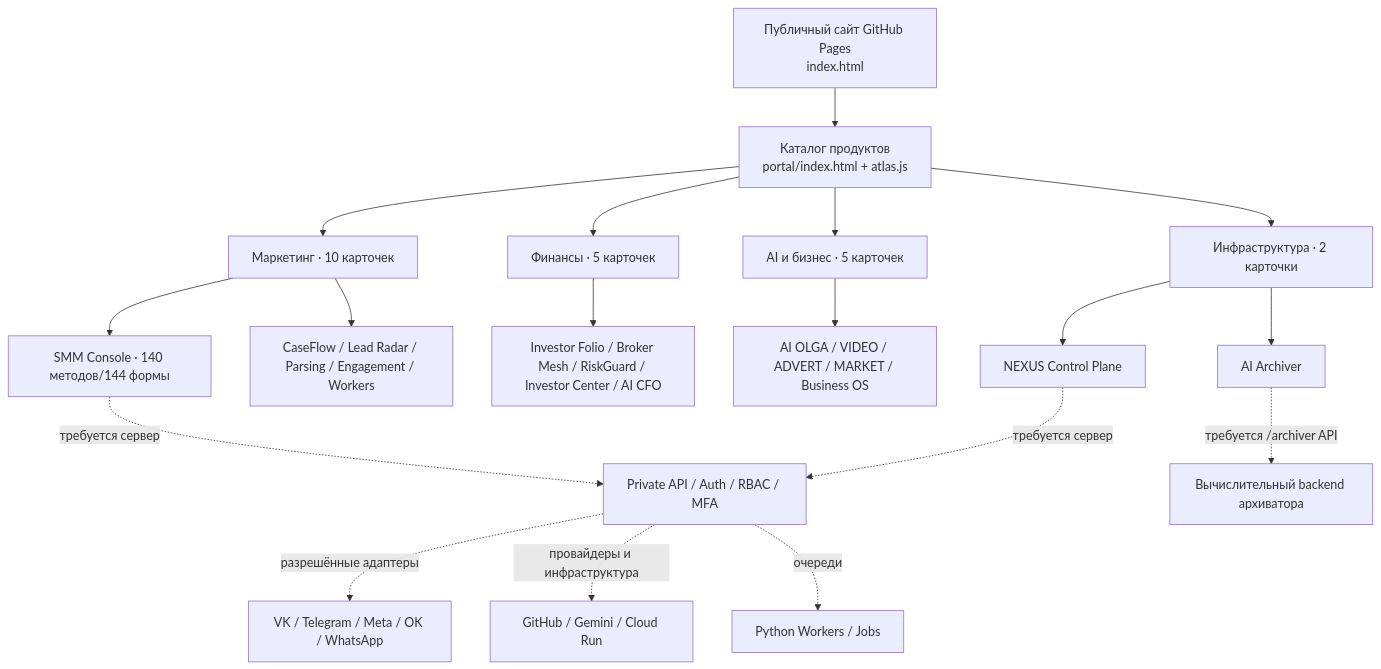
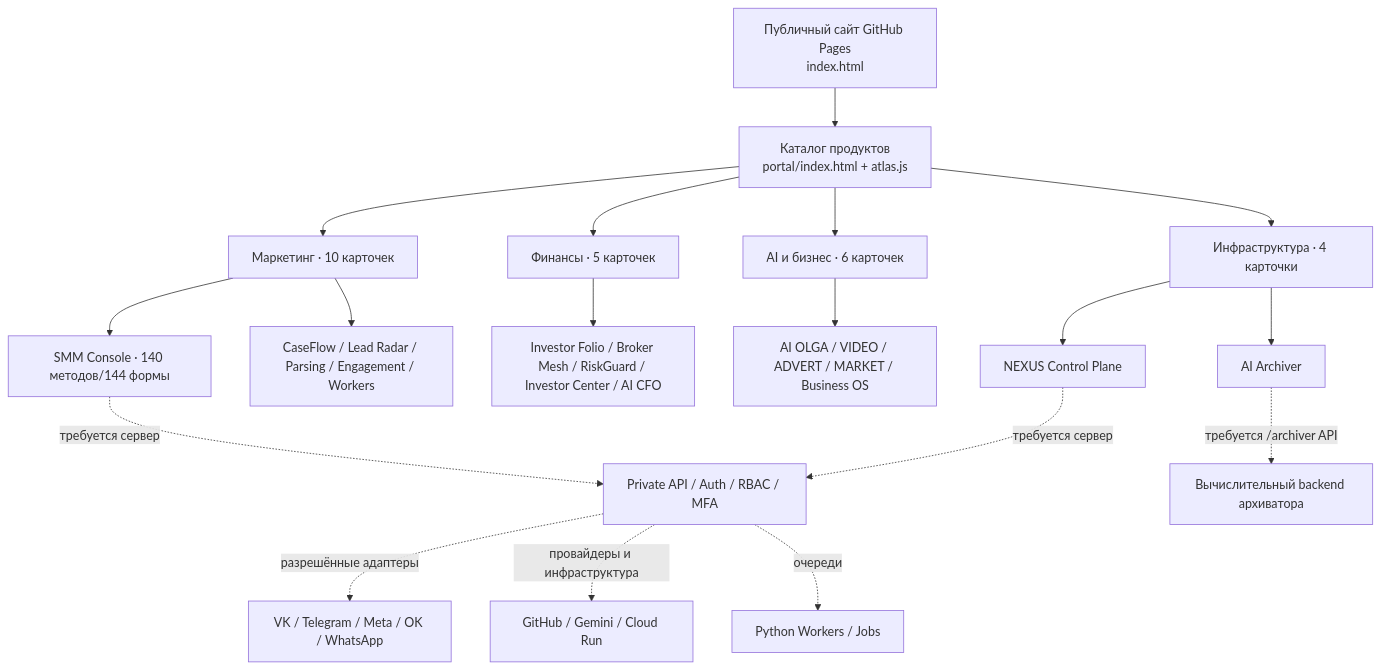
The first of 2 diagrams in docs/ECOSYSTEM_ARCHITECTURE_RU.md (Shtenco/synergy.github.io), drawn with Mermaid before and after one commit. The commit also changed other lines of this file and 10 other files, not shown here.

````diff
--- a/docs/ECOSYSTEM_ARCHITECTURE_RU.md
+++ b/docs/ECOSYSTEM_ARCHITECTURE_RU.md
@@ -7,20 +7,20 @@
 ```mermaid
 flowchart TB
   WEB["Публичный сайт GitHub Pages\nindex.html"] --> ATLAS["Каталог продуктов\nportal/index.html + atlas.js"]
   ATLAS --> SMM["Маркетинг · 10 карточек"]
   ATLAS --> FIN["Финансы · 5 карточек"]
-  ATLAS --> AI["AI и бизнес · 5 карточек"]
-  ATLAS --> SYS["Инфраструктура · 2 карточки"]
+  ATLAS --> AI["AI и бизнес · 6 карточек"]
+  ATLAS --> SYS["Инфраструктура · 4 карточки"]
   SMM --> SMMCON["SMM Console · 140 методов/144 формы"]
   SMM --> CRM["CaseFlow / Lead Radar / Parsing / Engagement / Workers"]
   FIN --> INVEST["Investor Folio / Broker Mesh / RiskGuard / Investor Center / AI CFO"]
   AI --> BUS["AI OLGA / VIDEO / ADVERT / MARKET / Business OS"]
   SYS --> NEX["NEXUS Control Plane"]
   SYS --> ARCH["AI Archiver"]
   SMMCON -. "требуется сервер" .-> API["Private API / Auth / RBAC / MFA"]
   NEX -. "требуется сервер" .-> API
   ARCH -. "требуется /archiver API" .-> ARCHBE["Вычислительный backend архиватора"]
   API -. "разрешённые адаптеры" .-> EXT["VK / Telegram / Meta / OK / WhatsApp"]
   API -. "провайдеры и инфраструктура" .-> PROVIDERS["GitHub / Gemini / Cloud Run"]
   API -. "очереди" .-> JOBS["Python Workers / Jobs"]
 ```
````
